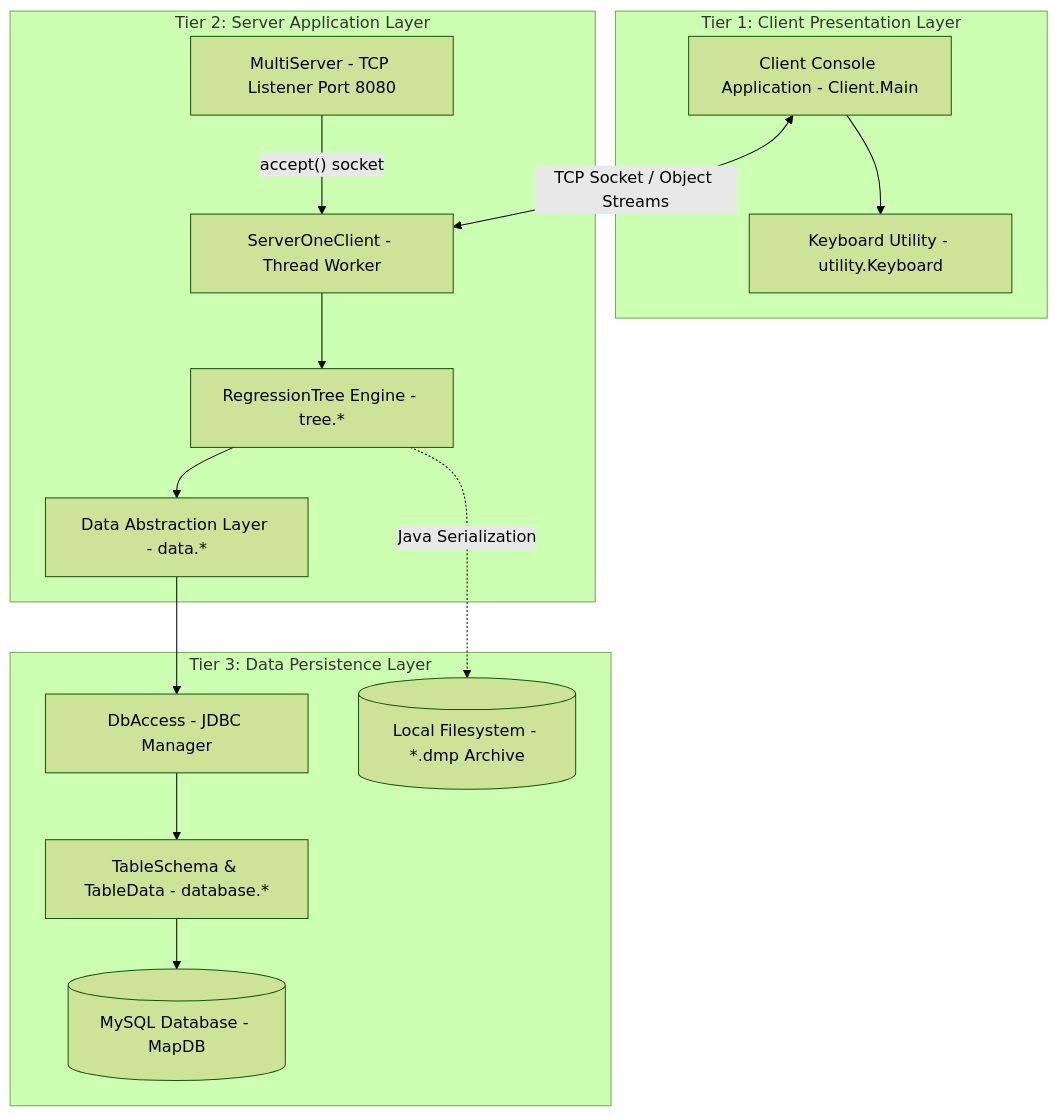
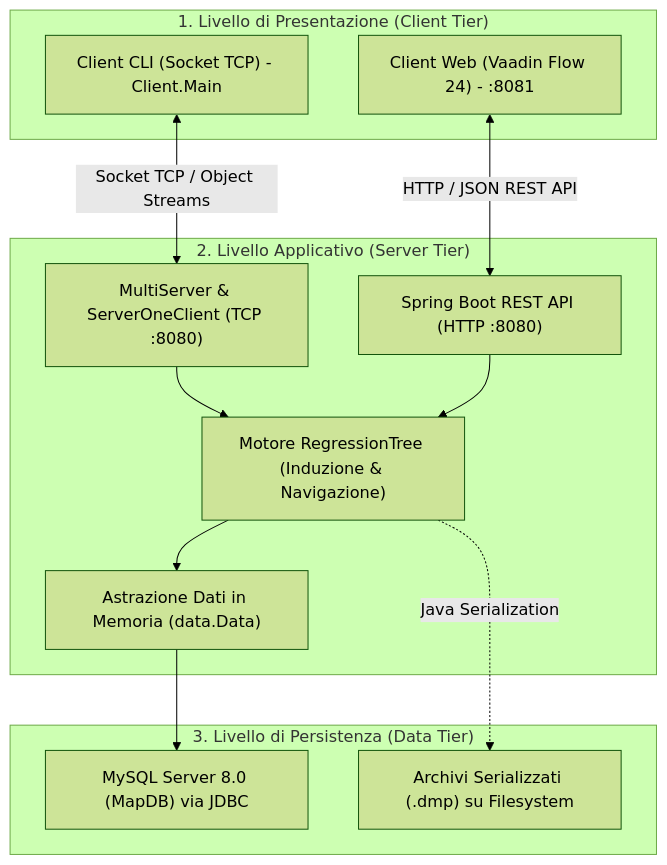
One commit to MarcoDiana/Albero_di_regressione changed the first of 3 diagrams in docs/guida-tecnica.md. Above: the diagram before and after it, drawn with Mermaid (forest theme). The commit also changed other lines of this file and 6 other files, not shown here.

Commit message:
docs: streamline technical guide and guarantee rendered mermaid vector diagrams in pdfs

````diff
--- a/docs/guida-tecnica.md
+++ b/docs/guida-tecnica.md
@@ -16,33 +9,29 @@
 ```mermaid
 graph TD
-    subgraph Tier1 ["Tier 1: Client Presentation Layer"]
-        CLI[Client Console Application - Client.Main]
-        KB[Keyboard Utility - utility.Keyboard]
-        CLI --> KB
+    subgraph ClientTier ["1. Livello di Presentazione (Client Tier)"]
+        CLI["Client CLI (Socket TCP) - Client.Main"]
+        WEB["Client Web (Vaadin Flow 24) - :8081"]
     end
 
-    subgraph Tier2 ["Tier 2: Server Application Layer"]
-        MS[MultiServer - TCP Listener Port 8080]
-        SOC[ServerOneClient - Thread Worker]
-        RT[RegressionTree Engine - tree.*]
-        DATA[Data Abstraction Layer - data.*]
+    subgraph ServerTier ["2. Livello Applicativo (Server Tier)"]
+        TCPL["MultiServer & ServerOneClient (TCP :8080)"]
+        REST["Spring Boot REST API (HTTP :8080)"]
+        CORE["Motore RegressionTree (Induzione & Navigazione)"]
+        DATA["Astrazione Dati in Memoria (data.Data)"]
         
-        MS -- accept() socket --> SOC
-        SOC --> RT
-        RT --> DATA
+        TCPL --> CORE
+        REST --> CORE
+        CORE --> DATA
     end
 
-    subgraph Tier3 ["Tier 3: Data Persistence Layer"]
-        DBA[DbAccess - JDBC Manager]
-        TS[TableSchema & TableData - database.*]
-        MYSQL[(MySQL Database - MapDB)]
-        FS[(Local Filesystem - *.dmp Archive)]
+    subgraph DataTier ["3. Livello di Persistenza (Data Tier)"]
+        DB["MySQL Server 8.0 (MapDB) via JDBC"]
+        FS["Archivi Serializzati (.dmp) su Filesystem"]
         
-        DATA --> DBA
-        DBA --> TS
-        TS --> MYSQL
-        RT -. Java Serialization .-> FS
+        DATA --> DB
+        CORE -. Java Serialization .-> FS
     end
 
-    CLI <-->|"TCP Socket / Object Streams"| SOC
+    CLI <-->|"Socket TCP / Object Streams"| TCPL
+    WEB <-->|"HTTP / JSON REST API"| REST
 ```
````
